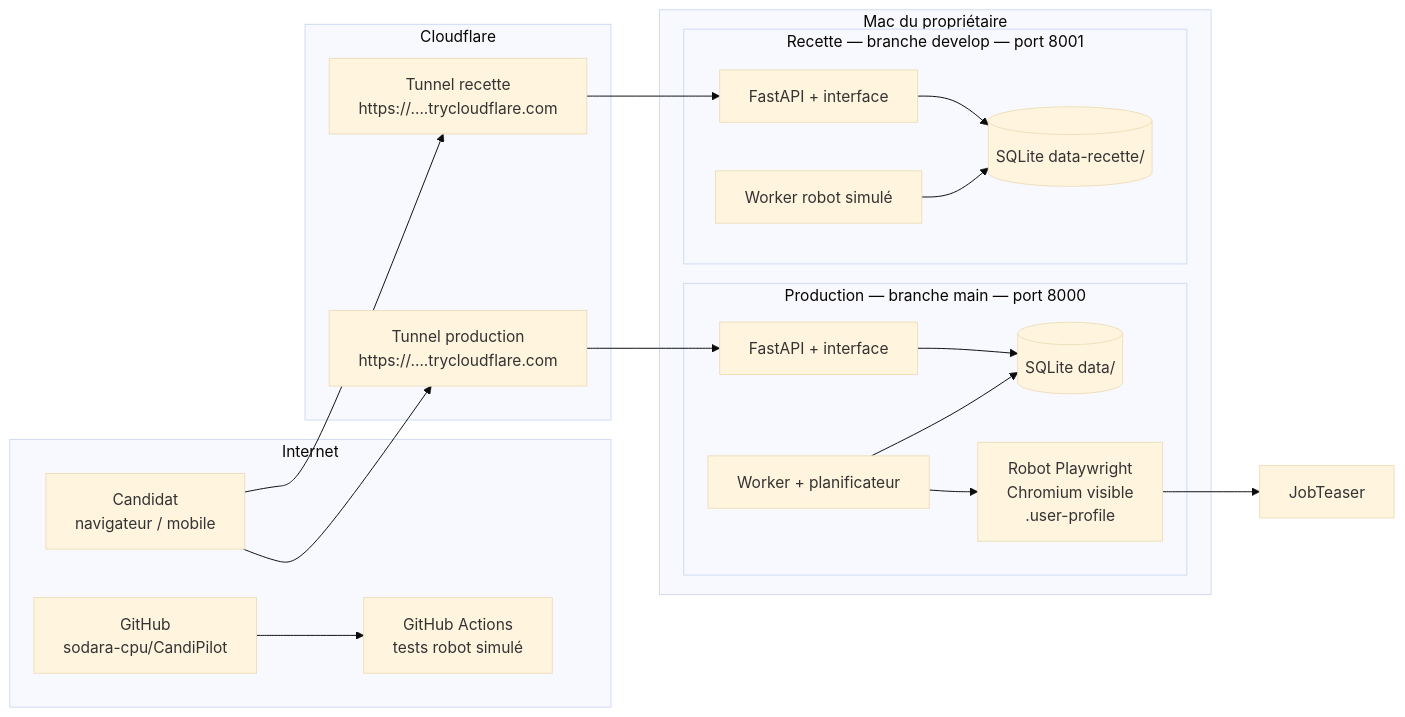
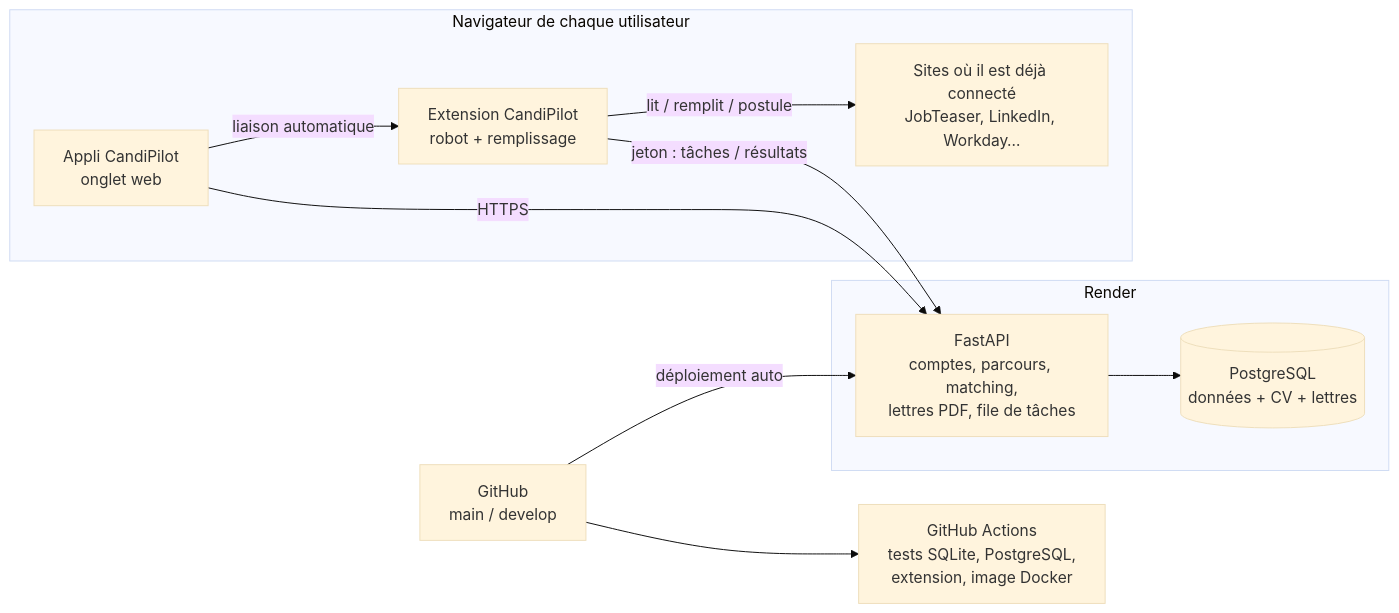
The diagram in docs/DEPLOIEMENT.md (sodara-cpu/CandiPilot), drawn with Mermaid (base theme) before and after one commit. The commit also changed other lines of this file and 33 other files, not shown here.

First line of the commit message:
Extension navigateur + hébergement Render (PostgreSQL)

````diff
--- a/docs/DEPLOIEMENT.md
+++ b/docs/DEPLOIEMENT.md
@@ -10,33 +11,19 @@
 ```mermaid
 flowchart LR
-  subgraph Internet
-    U[Candidat<br/>navigateur / mobile]
-    GH[GitHub<br/>sodara-cpu/CandiPilot]
-    CI[GitHub Actions<br/>tests robot simulé]
+  subgraph U[Navigateur de chaque utilisateur]
+    W[Appli CandiPilot<br/>onglet web]
+    X[Extension CandiPilot<br/>robot + remplissage]
+    S[Sites où il est déjà connecté<br/>JobTeaser, LinkedIn, Workday…]
+    W -- liaison automatique --> X
+    X -- lit / remplit / postule --> S
   end
-  subgraph CF[Cloudflare]
-    T1[Tunnel production<br/>https://….trycloudflare.com]
-    T2[Tunnel recette<br/>https://….trycloudflare.com]
+  subgraph R[Render]
+    API[FastAPI<br/>comptes, parcours, matching,<br/>lettres PDF, file de tâches]
+    DB[(PostgreSQL<br/>données + CV + lettres)]
+    API --> DB
   end
-  subgraph Mac[Mac du propriétaire]
-    subgraph P[Production — branche main — port 8000]
-      API1[FastAPI + interface]
-      W1[Worker + planificateur]
-      DB1[(SQLite data/)]
-      R[Robot Playwright<br/>Chromium visible<br/>.user-profile]
-    end
-    subgraph S[Recette — branche develop — port 8001]
-      API2[FastAPI + interface]
-      W2[Worker robot simulé]
-      DB2[(SQLite data-recette/)]
-    end
-  end
-  U --> T1 --> API1
-  U --> T2 --> API2
-  API1 --> DB1
-  W1 --> DB1
-  W1 --> R --> JT[JobTeaser]
-  API2 --> DB2
-  W2 --> DB2
-  GH --> CI
+  W -- HTTPS --> API
+  X -- jeton : tâches / résultats --> API
+  GH[GitHub<br/>main / develop] -- déploiement auto --> API
+  GH --> CI[GitHub Actions<br/>tests SQLite, PostgreSQL,<br/>extension, image Docker]
 ```
````
